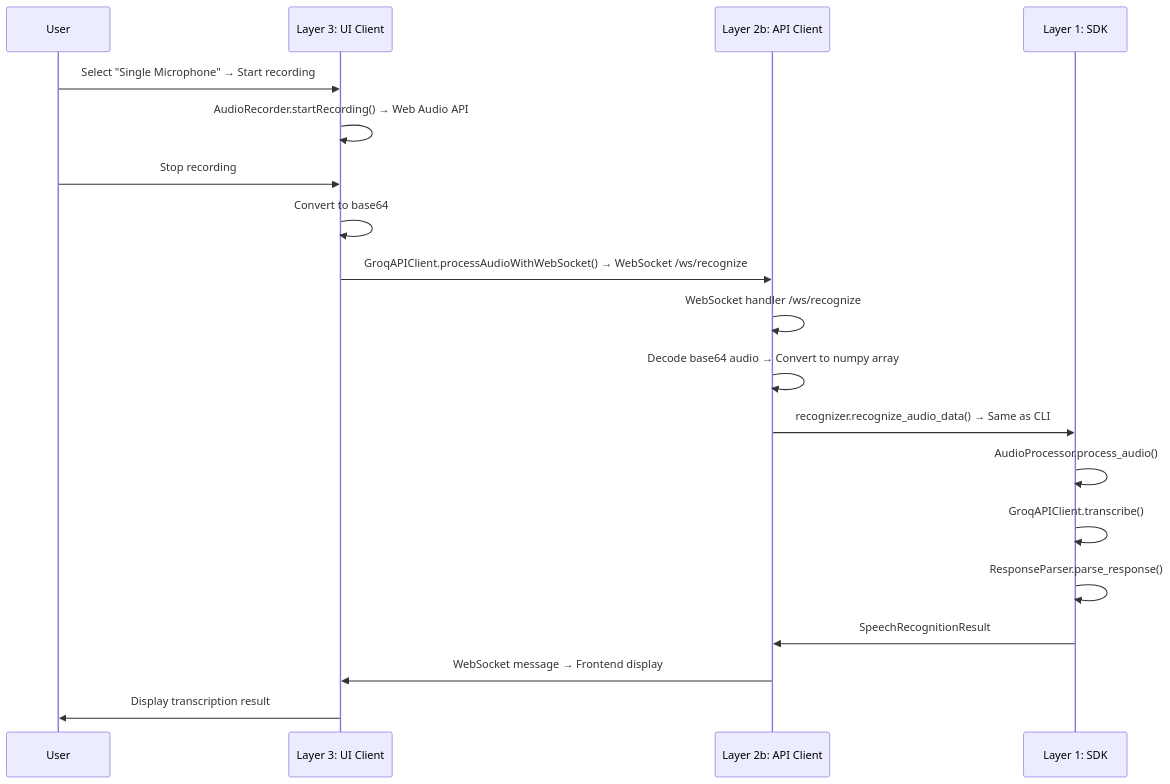
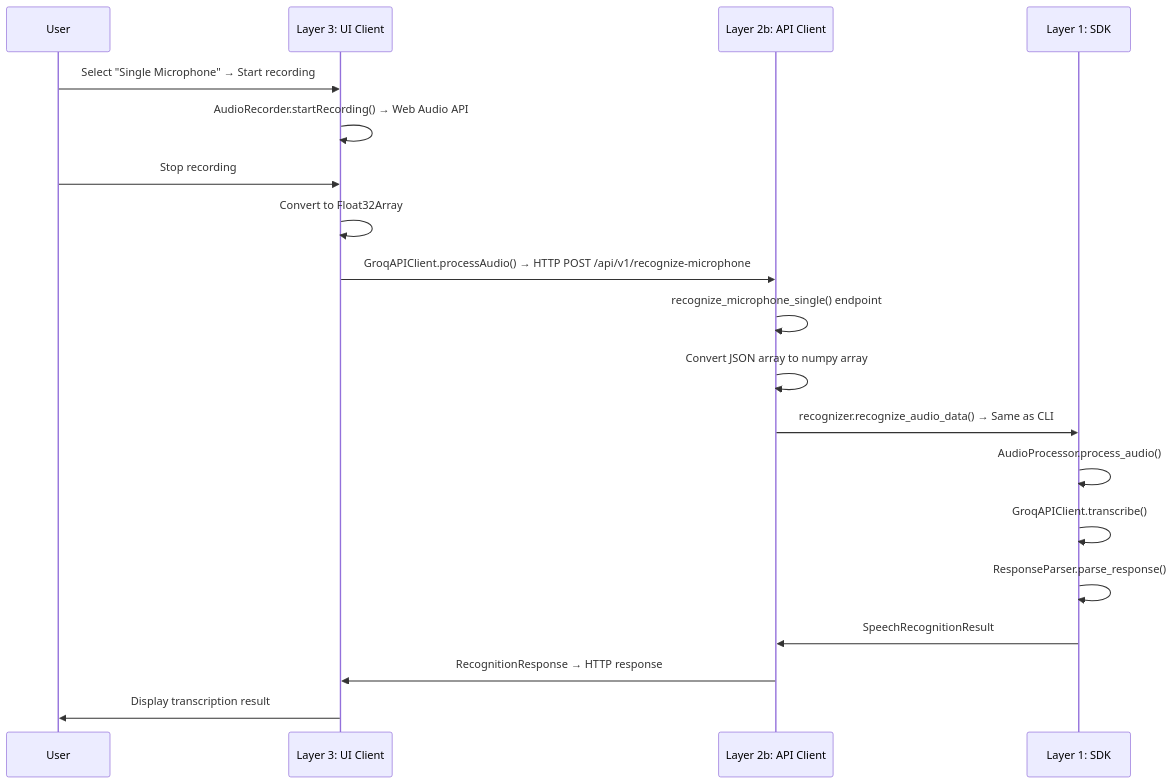
One commit to sreenivasmrpivot/groq-speech changed the tenth of 24 diagrams in docs/ARCHITECTURE.md. Above: the diagram before and after it, drawn with Mermaid. The commit also changed other lines of this file and 38 other files, not shown here.

````diff
--- a/docs/ARCHITECTURE.md
+++ b/docs/ARCHITECTURE.md
@@ -238,22 +248,22 @@
 ```mermaid
 sequenceDiagram
     participant User
     participant UI as Layer 3: UI Client
     participant API as Layer 2b: API Client
     participant SDK as Layer 1: SDK
     
     User->>UI: Select "Single Microphone" → Start recording
     UI->>UI: AudioRecorder.startRecording() → Web Audio API
     User->>UI: Stop recording
-    UI->>UI: Convert to base64
-    UI->>API: GroqAPIClient.processAudioWithWebSocket() → WebSocket /ws/recognize
-    API->>API: WebSocket handler /ws/recognize
-    API->>API: Decode base64 audio → Convert to numpy array
+    UI->>UI: Convert to Float32Array
+    UI->>API: GroqAPIClient.processAudio() → HTTP POST /api/v1/recognize-microphone
+    API->>API: recognize_microphone_single() endpoint
+    API->>API: Convert JSON array to numpy array
     API->>SDK: recognizer.recognize_audio_data() → Same as CLI
     SDK->>SDK: AudioProcessor.process_audio()
     SDK->>SDK: GroqAPIClient.transcribe()
     SDK->>SDK: ResponseParser.parse_response()
     SDK->>API: SpeechRecognitionResult
-    API->>UI: WebSocket message → Frontend display
+    API->>UI: RecognitionResponse → HTTP response
     UI->>User: Display transcription result
 ```
````
